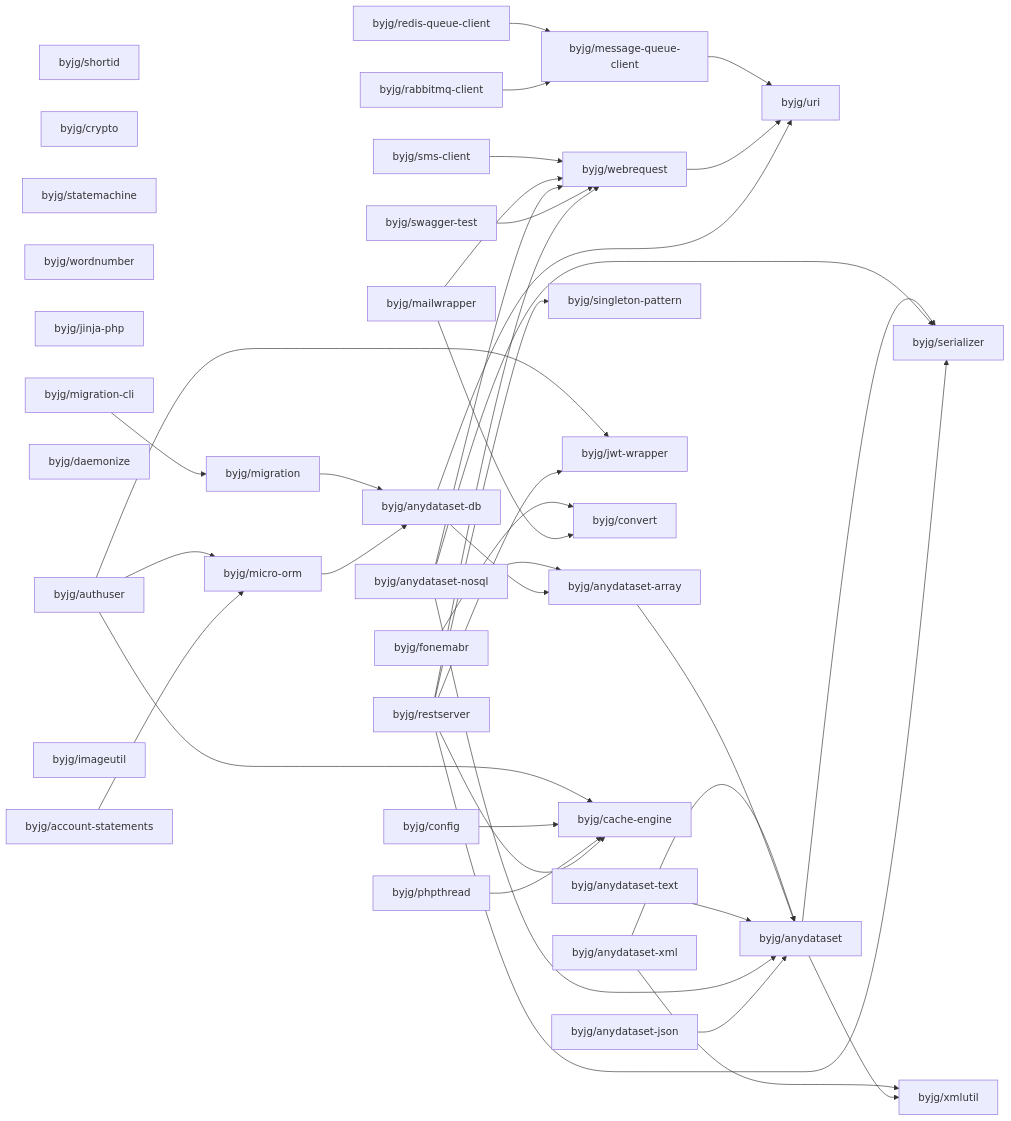
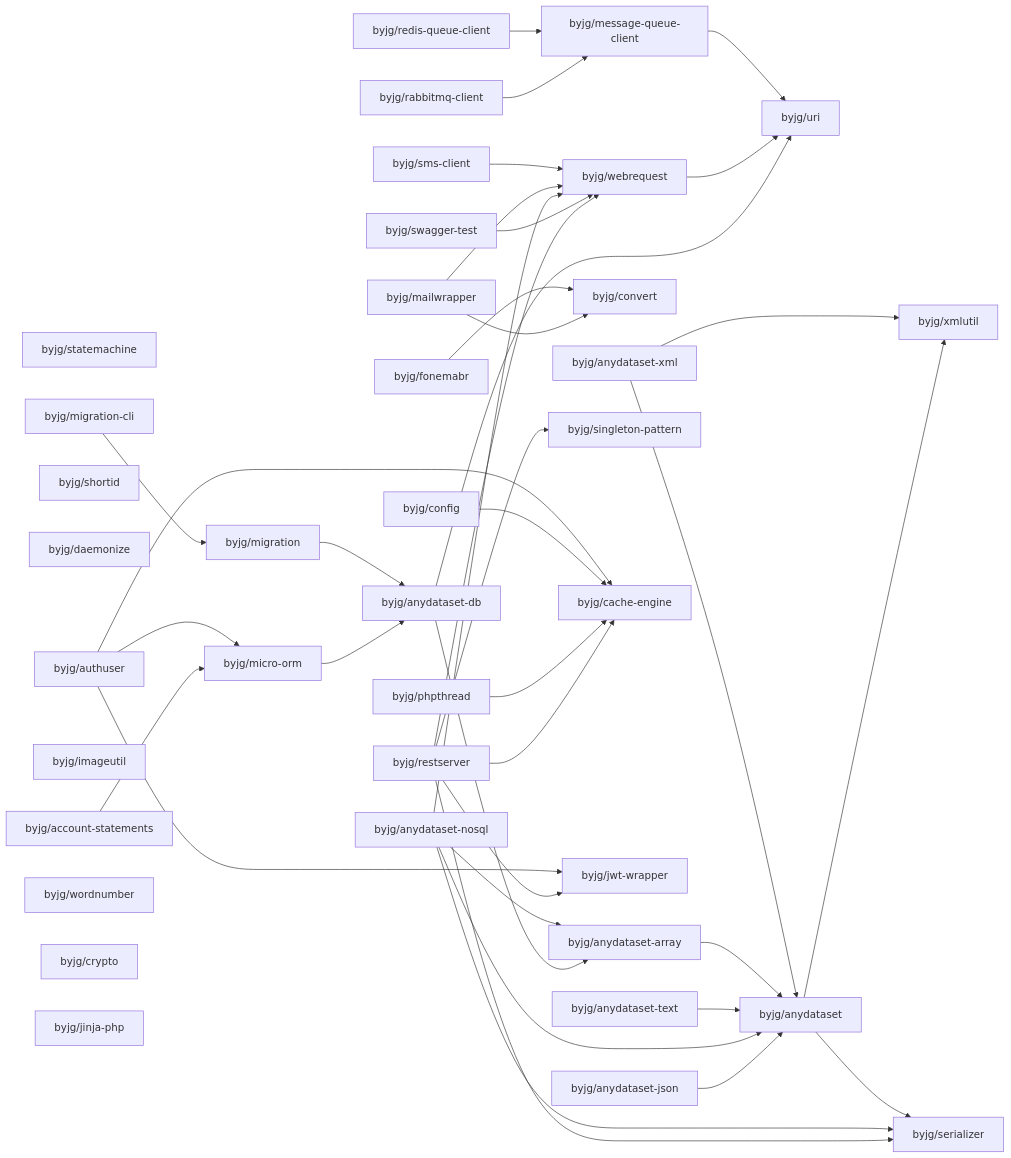
Before and after one commit to byjg/byjg.github.io: the diagram in docs/php/README.md, drawn with Mermaid. The commit also changed other lines of this file, not shown here.

````diff
--- a/docs/php/README.md
+++ b/docs/php/README.md
@@ -3,76 +3,76 @@
 ```mermaid
 graph LR;
+  byjg/swagger-test;
+  byjg/mailwrapper;
+  byjg/statemachine;
+  byjg/config;
+  byjg/account-statements;
   byjg/shortid;
-  byjg/phpthread;
-  byjg/swagger-test;
-  byjg/fonemabr;
   byjg/redis-queue-client;
   byjg/anydataset-nosql;
+  byjg/phpthread;
+  byjg/daemonize;
+  byjg/authuser;
+  byjg/anydataset-json;
+  byjg/fonemabr;
+  byjg/rabbitmq-client;
+  byjg/anydataset-text;
+  byjg/imageutil;
+  byjg/restserver;
+  byjg/migration-cli;
+  byjg/wordnumber;
+  byjg/sms-client;
   byjg/crypto;
-  byjg/statemachine;
   byjg/anydataset-xml;
-  byjg/anydataset-json;
-  byjg/anydataset-text;
-  byjg/rabbitmq-client;
-  byjg/wordnumber;
-  byjg/restserver;
   byjg/jinja-php;
-  byjg/authuser;
-  byjg/daemonize;
-  byjg/sms-client;
-  byjg/account-statements;
-  byjg/mailwrapper;
-  byjg/imageutil;
-  byjg/config;
-  byjg/migration-cli;
+  byjg/micro-orm;
+  byjg/convert;
   byjg/message-queue-client;
   byjg/singleton-pattern;
+  byjg/cache-engine;
   byjg/jwt-wrapper;
-  byjg/micro-orm;
-  byjg/convert;
+  byjg/migration;
   byjg/webrequest;
-  byjg/cache-engine;
-  byjg/migration;
   byjg/anydataset-db;
   byjg/anydataset-array;
   byjg/uri;
   byjg/anydataset;
   byjg/serializer;
   byjg/xmlutil;
   byjg/anydataset-xml --> byjg/anydataset;
   byjg/anydataset-xml --> byjg/xmlutil;
   byjg/anydataset-array --> byjg/anydataset;
   byjg/authuser --> byjg/micro-orm;
   byjg/authuser --> byjg/cache-engine;
   byjg/authuser --> byjg/jwt-wrapper;
   byjg/config --> byjg/cache-engine;
   byjg/anydataset --> byjg/serializer;
   byjg/anydataset --> byjg/xmlutil;
   byjg/account-statements --> byjg/micro-orm;
   byjg/migration --> byjg/anydataset-db;
   byjg/fonemabr --> byjg/convert;
   byjg/sms-client --> byjg/webrequest;
   byjg/message-queue-client --> byjg/uri;
   byjg/mailwrapper --> byjg/convert;
   byjg/mailwrapper --> byjg/webrequest;
   byjg/webrequest --> byjg/uri;
   byjg/redis-queue-client --> byjg/message-queue-client;
   byjg/anydataset-text --> byjg/anydataset;
   byjg/migration-cli --> byjg/migration;
   byjg/micro-orm --> byjg/anydataset-db;
   byjg/phpthread --> byjg/cache-engine;
   byjg/anydataset-nosql --> byjg/anydataset;
   byjg/anydataset-nosql --> byjg/anydataset-array;
   byjg/anydataset-nosql --> byjg/serializer;
   byjg/anydataset-nosql --> byjg/webrequest;
   byjg/swagger-test --> byjg/webrequest;
   byjg/rabbitmq-client --> byjg/message-queue-client;
   byjg/anydataset-db --> byjg/anydataset-array;
   byjg/anydataset-db --> byjg/uri;
   byjg/anydataset-json --> byjg/anydataset;
   byjg/restserver --> byjg/serializer;
   byjg/restserver --> byjg/singleton-pattern;
   byjg/restserver --> byjg/cache-engine;
   byjg/restserver --> byjg/webrequest;
   byjg/restserver --> byjg/jwt-wrapper;
 ```
````
